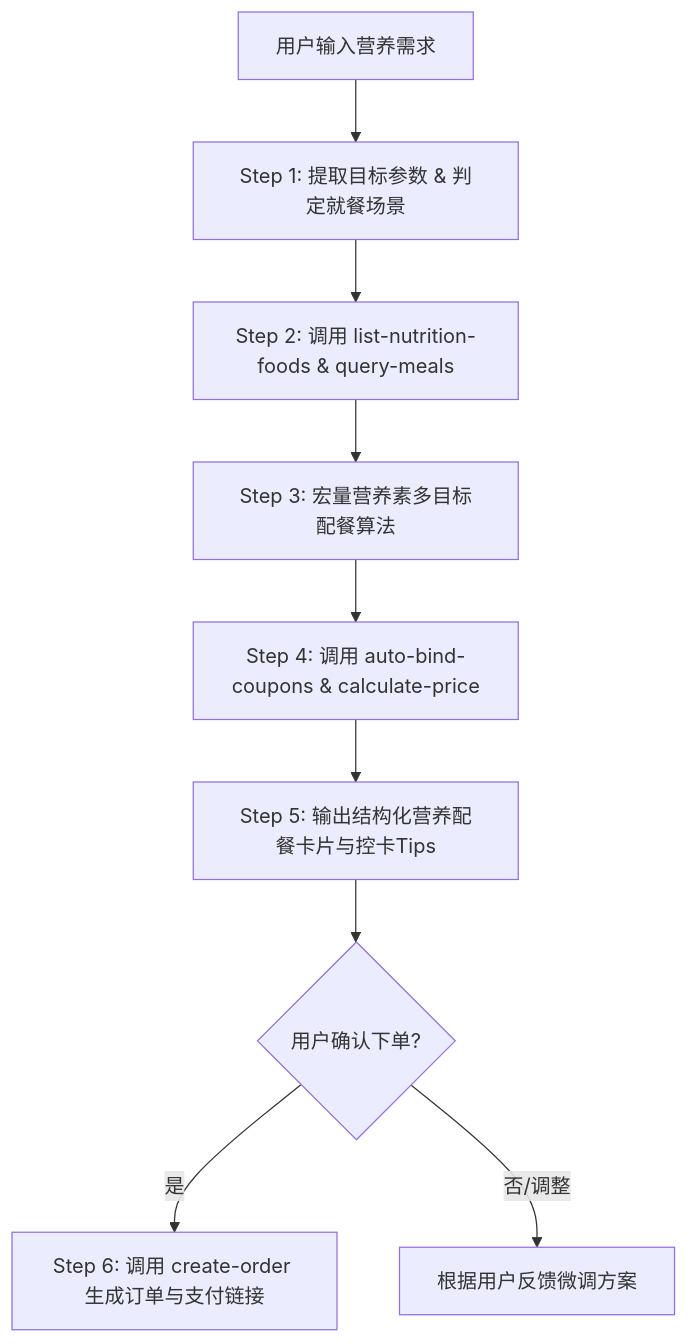
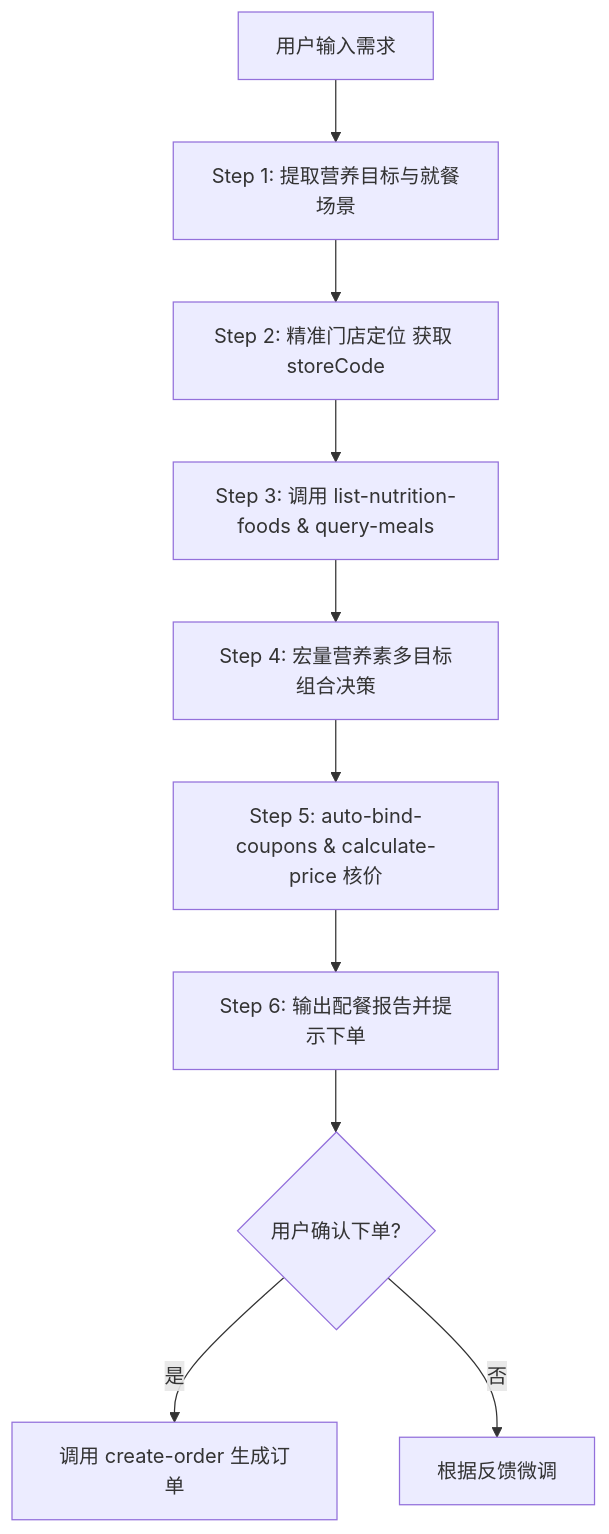
One commit to rookit-ljt/mcd-nutrition-planner changed the diagram in SKILL.md. Above: the diagram before and after it, drawn with Mermaid. The commit also changed other lines of this file, not shown here.

Commit message:
fix: enforce precise location resolution before query-meals

````diff
--- a/SKILL.md
+++ b/SKILL.md
@@ -48,11 +52,12 @@
 ```mermaid
 flowchart TD
-    A[用户输入营养需求] --> B[Step 1: 提取目标参数 & 判定就餐场景]
-    B --> C[Step 2: 调用 list-nutrition-foods & query-meals]
-    C --> D[Step 3: 宏量营养素多目标配餐算法]
-    D --> E[Step 4: 调用 auto-bind-coupons & calculate-price]
-    E --> F[Step 5: 输出结构化营养配餐卡片与控卡Tips]
-    F --> G{用户确认下单?}
-    G -- 是 --> H[Step 6: 调用 create-order 生成订单与支付链接]
-    G -- 否/调整 --> I[根据用户反馈微调方案]
+    A[用户输入需求] --> B[Step 1: 提取营养目标与就餐场景]
+    B --> C[Step 2: 精准门店定位 获取 storeCode]
+    C --> D[Step 3: 调用 list-nutrition-foods & query-meals]
+    D --> E[Step 4: 宏量营养素多目标组合决策]
+    E --> F[Step 5: auto-bind-coupons & calculate-price 核价]
+    F --> G[Step 6: 输出配餐报告并提示下单]
+    G --> H{用户确认下单?}
+    H -- 是 --> I[调用 create-order 生成订单]
+    H -- 否 --> J[根据反馈微调]
 ```
````
